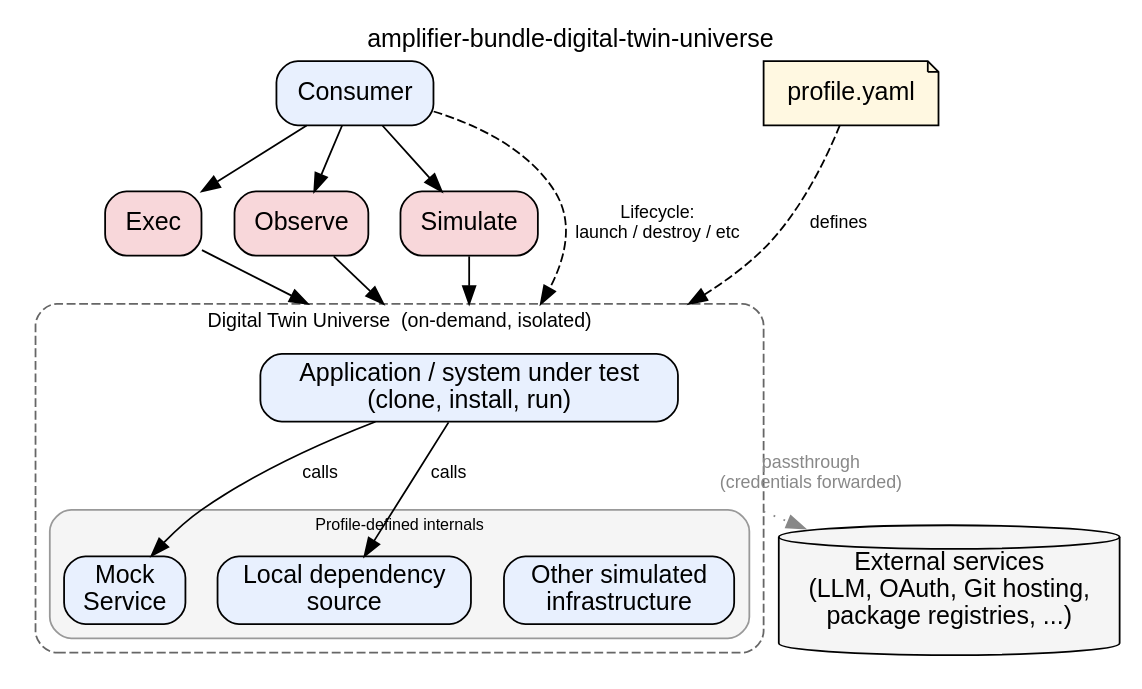
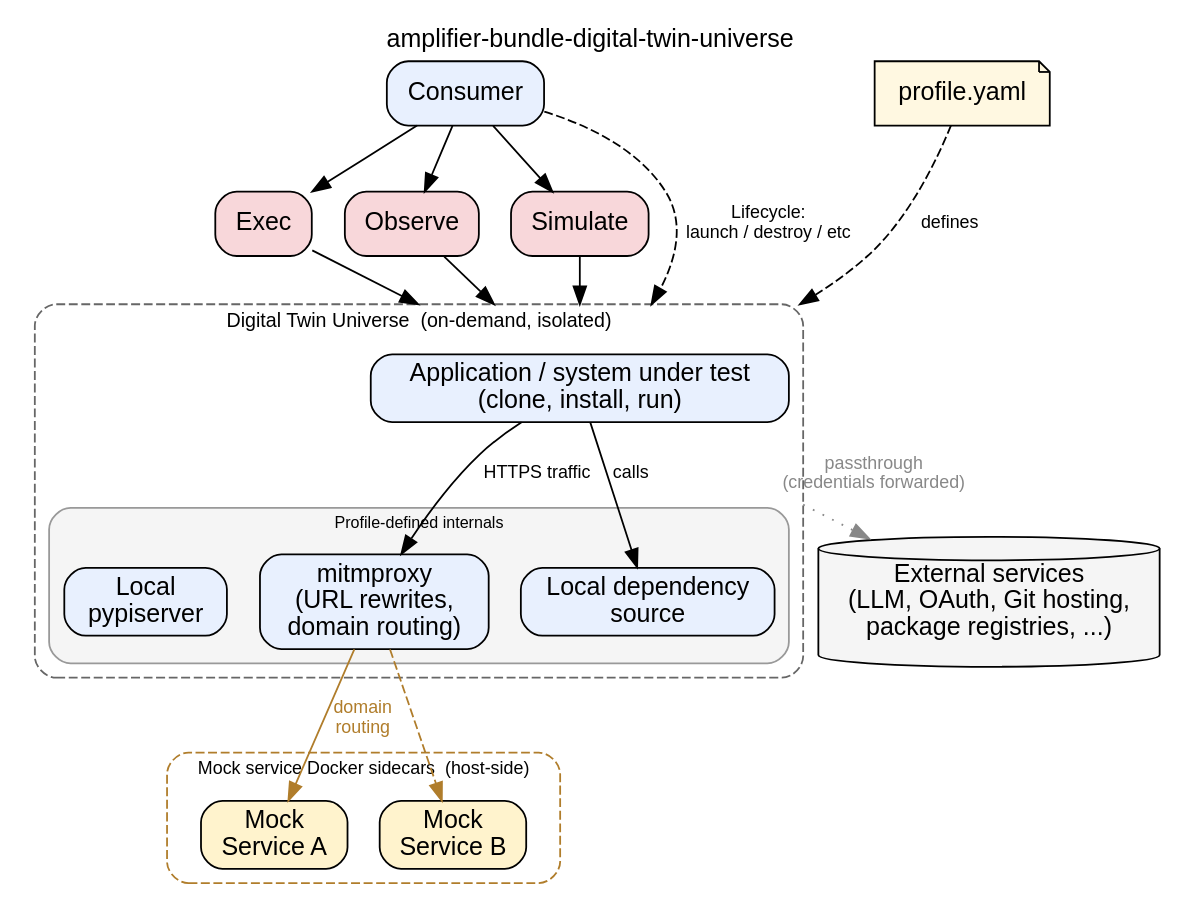
The diagram in docs/amplifier-dtu-architecture.dot (microsoft/amplifier-bundle-digital-twin-universe), drawn with Graphviz before and after one commit. The commit also changed 7 other files, not shown here.

```diff
--- a/docs/amplifier-dtu-architecture.dot
+++ b/docs/amplifier-dtu-architecture.dot
@@ -1,67 +1,82 @@
 digraph dtu_architecture {
     rankdir=TB
     label="amplifier-bundle-digital-twin-universe"
     labelloc=t
     fontname="Helvetica"
     fontsize=14
     compound=true
     node [shape=box, style="rounded,filled", fillcolor="#e8f0fe", fontname="Helvetica"]
     edge [fontname="Helvetica", fontsize=10]
 
     consumer [label="Consumer"]
     profile [label="profile.yaml", shape=note, fillcolor="#fff8e1"]
     exec_box [label="Exec", fillcolor="#f8d7da"]
     observe_box [label="Observe", fillcolor="#f8d7da"]
     simulate_box [label="Simulate", fillcolor="#f8d7da"]
 
     subgraph cluster_dtu {
         label="Digital Twin Universe  (on-demand, isolated)"
         style="rounded,dashed"
         color="#666666"
         fontname="Helvetica"
         fontsize=11
 
         app [label="Application / system under test\n(clone, install, run)"]
 
-        subgraph cluster_catalog {
+        subgraph cluster_internals {
             label="Profile-defined internals"
             style="rounded,filled"
             color="#999999"
             fillcolor="#f5f5f5"
             fontname="Helvetica"
             fontsize=9
 
-            svc_a [label="Mock\nService"]
-            svc_b [label="Local dependency\nsource"]
-            svc_c [label="Other simulated\ninfrastructure"]
-            { rank=same; svc_a; svc_b; svc_c }
+            proxy [label="mitmproxy\n(URL rewrites,\ndomain routing)"]
+            dep_source [label="Local dependency\nsource"]
+            pypi [label="Local\npypiserver"]
+            { rank=same; proxy; dep_source; pypi }
         }
 
         app [ordering=out]
-        app -> svc_a [label="calls"]
-        app -> svc_b [label="calls"]
-        app -> svc_c [style=invis]
+        app -> proxy [label="HTTPS traffic"]
+        app -> dep_source [label="calls"]
+    }
+
+    subgraph cluster_sidecars {
+        label="Mock service Docker sidecars  (host-side)"
+        style="rounded,dashed"
+        color="#b07d2b"
+        fontname="Helvetica"
+        fontsize=10
+
+        mock_a [label="Mock\nService A", fillcolor="#fff3cd"]
+        mock_b [label="Mock\nService B", fillcolor="#fff3cd"]
+        { rank=same; mock_a; mock_b }
     }
 
     external [label="External services\n(LLM, OAuth, Git hosting,\npackage registries, ...)", shape=cylinder, fillcolor="#f5f5f5"]
 
     { rank=same; consumer; profile }
     { rank=same; exec_box; observe_box; simulate_box }
 
     // Profile defines what the DTU contains
     profile -> app [label="defines", style=dashed, lhead=cluster_dtu]
 
     // Meta: lifecycle management (targets DTU cluster boundary)
     consumer -> app [label="Lifecycle:\nlaunch / destroy / etc", style=dashed, lhead=cluster_dtu]
 
     // Simulation: consumer interacts with DTU like a real user
     consumer -> exec_box
     consumer -> observe_box
     consumer -> simulate_box
     exec_box -> app [lhead=cluster_dtu]
     observe_box -> app [lhead=cluster_dtu]
     simulate_box -> app [lhead=cluster_dtu]
 
+    // mitmproxy routes intercepted domains to mock sidecars
+    proxy -> mock_a [label="domain\nrouting", color="#b07d2b", fontcolor="#b07d2b"]
+    proxy -> mock_b [style=dashed, color="#b07d2b"]
+
     // Passthrough: the environment can reach external services when allowed
     app -> external [label="passthrough\n(credentials forwarded)", style=dotted, color="#888888", fontcolor="#888888", ltail=cluster_dtu]
 }
```
